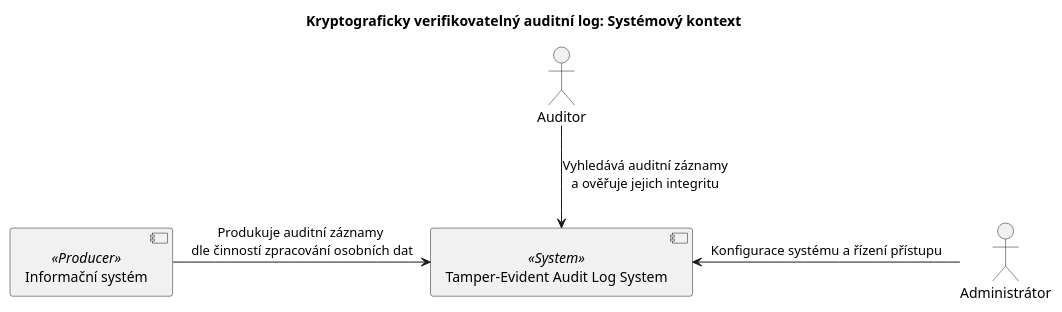
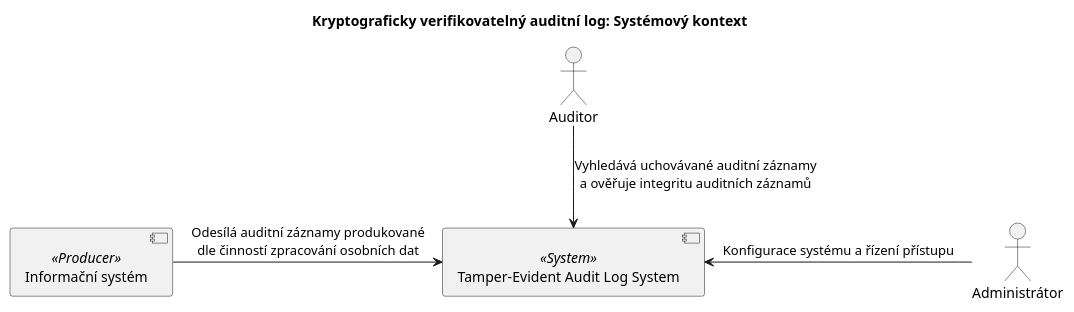
The diagram in docs/architecture/1-system-context.puml (andrlikjirka/dp-teals), drawn with PlantUML before and after one commit. The commit also changed 3 other files, not shown here.

Commit message:
Refactor system context and container diagrams for clarity and consistency

```diff
--- a/docs/architecture/1-system-context.puml
+++ b/docs/architecture/1-system-context.puml
@@ -1,16 +1,16 @@
 @startuml
 
 title "Kryptograficky verifikovatelný auditní log: Systémový kontext"
 
 actor "Auditor" as Auditor
 [Informační systém] as Producer <<Producer>>
 'component "Systém pro správu klíčů (KMS)" as KMS
 [Tamper-Evident Audit Log System] as TEALS <<System>>
 actor "Administrátor" as Admin
 
-Auditor --> TEALS : Vyhledává auditní záznamy\na ověřuje jejich integritu
-Producer -> TEALS : Produkuje auditní záznamy \ndle činností zpracování osobních dat
+Auditor --> TEALS : Vyhledává uchovávané auditní záznamy\na ověřuje integritu auditních záznamů
+Producer -> TEALS : Odesílá auditní záznamy produkované\ndle činností zpracování osobních dat
 'TEALS ..> KMS: Šifrování a digitální podepisování dat \n a správa kryptografických klíčů
 TEALS <- Admin: Konfigurace systému a řízení přístupu
 
 @enduml
```
